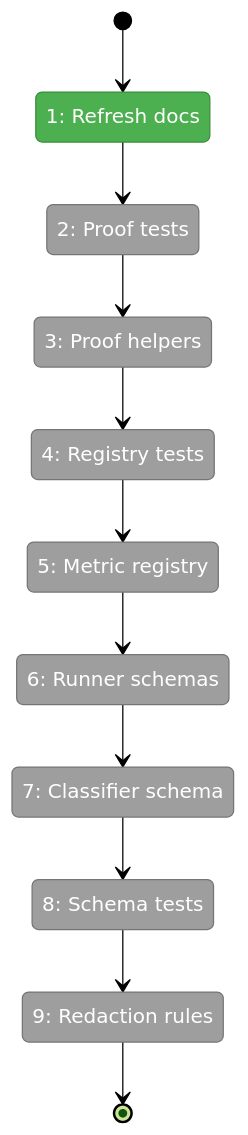
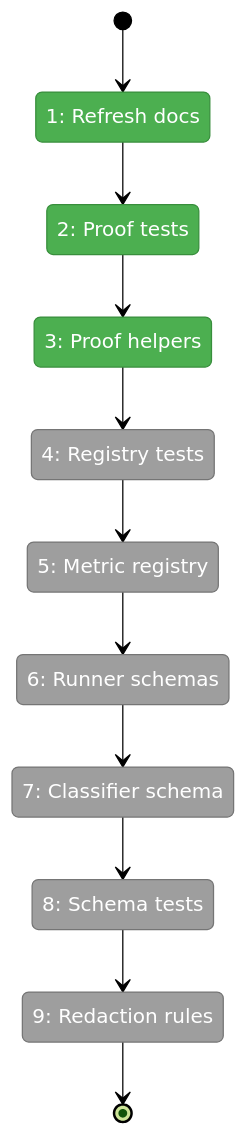
One commit to AI-Substrate/minih changed the first of 2 diagrams in docs/plans/020-minih-harness-measurement/tasks/phase-1-measurement-domain-contracts/tasks.fltplan.md. Above: the diagram before and after it, drawn with Mermaid (forest theme). The commit also changed other lines of this file and 7 other files, not shown here.

````diff
--- a/docs/plans/020-minih-harness-measurement/tasks/phase-1-measurement-domain-contracts/tasks.fltplan.md
+++ b/docs/plans/020-minih-harness-measurement/tasks/phase-1-measurement-domain-contracts/tasks.fltplan.md
@@ -44,31 +44,33 @@
 ```mermaid
 stateDiagram-v2
     classDef pending fill:#9E9E9E,stroke:#757575,color:#fff
     classDef active fill:#FFC107,stroke:#FFA000,color:#000
     classDef done fill:#4CAF50,stroke:#388E3C,color:#fff
     classDef blocked fill:#F44336,stroke:#D32F2F,color:#fff
 
     state "1: Refresh docs" as S1
     state "2: Proof tests" as S2
     state "3: Proof helpers" as S3
     state "4: Registry tests" as S4
     state "5: Metric registry" as S5
     state "6: Runner schemas" as S6
     state "7: Classifier schema" as S7
     state "8: Schema tests" as S8
     state "9: Redaction rules" as S9
 
     [*] --> S1
     S1 --> S2
     S2 --> S3
     S3 --> S4
     S4 --> S5
     S5 --> S6
     S6 --> S7
     S7 --> S8
     S8 --> S9
     S9 --> [*]
 
     class S1 done
-    class S2,S3,S4,S5,S6,S7,S8,S9 pending
+    class S2 done
+    class S3 done
+    class S4,S5,S6,S7,S8,S9 pending
 ```
````
